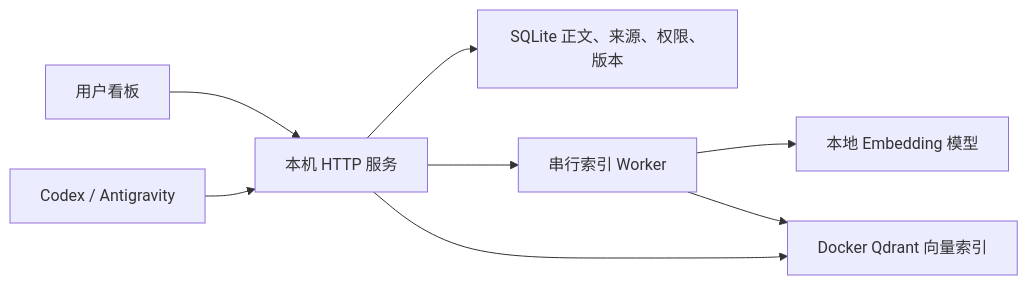
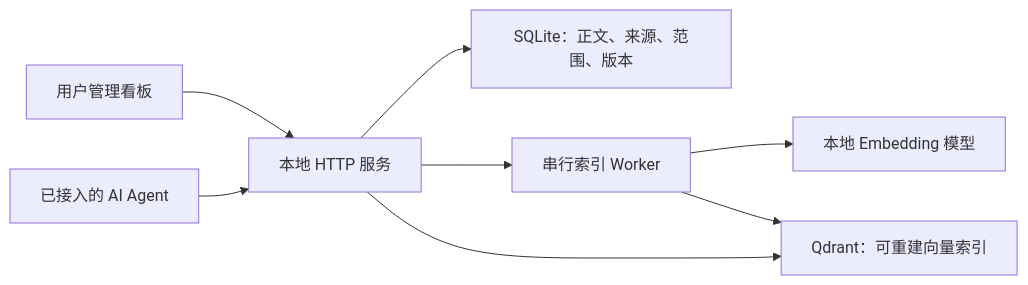
Before and after one commit to woshinibabawangzhe/SharedMemoryHub: the diagram in README.md, drawn with Mermaid. The commit also changed other lines of this file and 45 other files, not shown here.

````diff
--- a/README.md
+++ b/README.md
@@ -19,10 +85,10 @@
 ```mermaid
 flowchart LR
-    U[用户看板] --> S[本机 HTTP 服务]
-    C[Codex / Antigravity] --> S
-    S --> D[SQLite 正文、来源、权限、版本]
+    U[用户管理看板] --> S[本地 HTTP 服务]
+    A[已接入的 AI Agent] --> S
+    S --> D[SQLite：正文、来源、范围、版本]
     S --> W[串行索引 Worker]
     W --> E[本地 Embedding 模型]
-    W --> Q[Docker Qdrant 向量索引]
+    W --> Q[Qdrant：可重建向量索引]
     S --> Q
 ```
````
